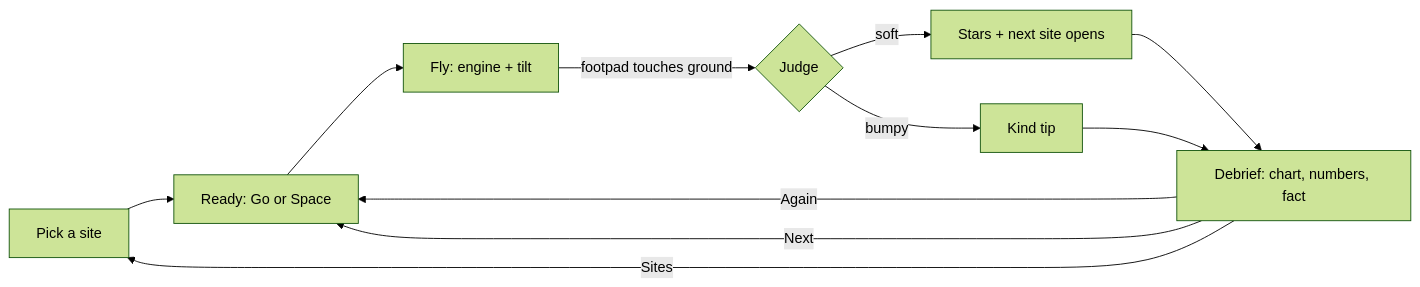
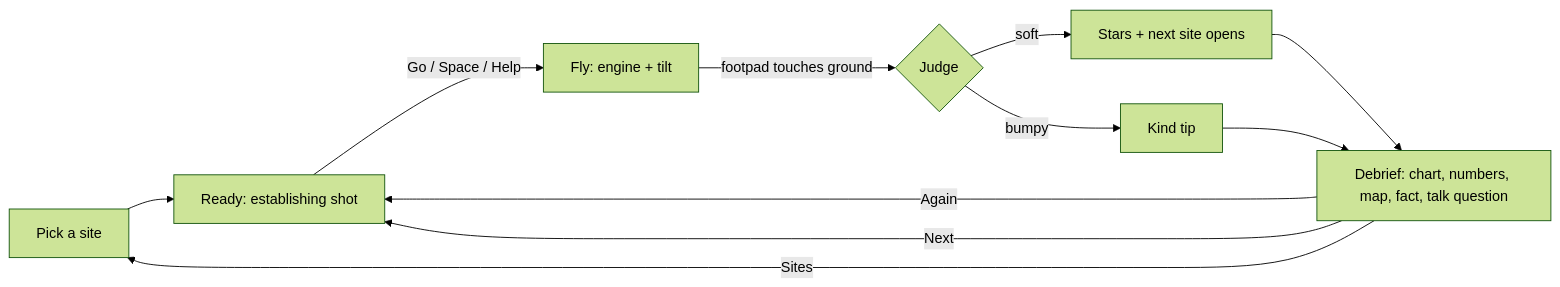
One commit to 499apps/game-moon-touchdown changed the first of 2 diagrams in docs/DESIGN.md. Above: the diagram before and after it, drawn with Mermaid (forest theme). The commit also changed other lines of this file and 27 other files, not shown here.

````diff
--- a/docs/DESIGN.md
+++ b/docs/DESIGN.md
@@ -8,13 +8,13 @@
 ```mermaid
 flowchart LR
-  P[Pick a site] --> R[Ready: Go or Space]
-  R --> F[Fly: engine + tilt]
+  P[Pick a site] --> R[Ready: establishing shot]
+  R -->|Go / Space / Help| F[Fly: engine + tilt]
   F -->|footpad touches ground| T{Judge}
   T -->|soft| S[Stars + next site opens]
   T -->|bumpy| B[Kind tip]
-  S --> D[Debrief: chart, numbers, fact]
+  S --> D[Debrief: chart, numbers, map, fact, talk question]
   B --> D
   D -->|Again| R
   D -->|Next| R
   D -->|Sites| P
 ```
````
